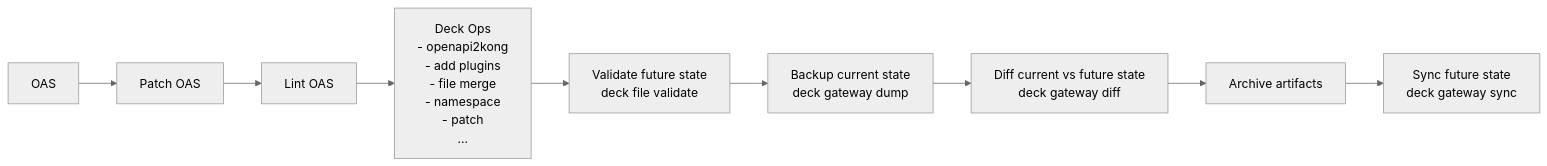
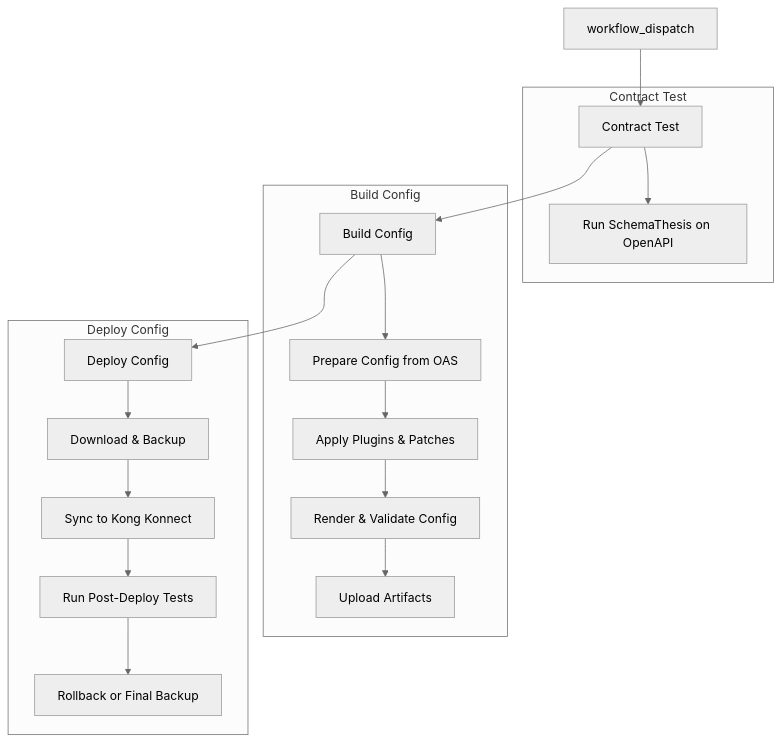
One commit to pantsel/konnect-platform-ops-demo changed the fourth of 4 diagrams in README.md. Above: the diagram before and after it, drawn with Mermaid (neutral theme). The commit also changed other lines of this file, not shown here.

Commit message:
Worked on new konnect static provisioning

````diff
--- a/README.md
+++ b/README.md
@@ -323,30 +323,27 @@
 ```mermaid
-graph LR;
-  A[OAS]
-  B[Patch OAS]
-  C[Lint OAS]
-  D["Deck Ops
-    - openapi2kong
-    - add plugins
-    - file merge
-    - namespace
-    - patch
-    ...
-  "]
-  E[Validate future state
-  deck file validate
-  ]
-  F["Backup current state
-  deck gateway dump"]
-  G[Diff current vs future state
-  deck gateway diff
-  ]
-  H[
-  Archive artifacts
-  ]
-  I[Sync future state
-  deck gateway sync
-  ]
+graph TD
+  A[workflow_dispatch] --> B[Contract Test]
+  B --> C[Build Config]
+  C --> D[Deploy Config]
 
-  A --> B --> C --> D --> E --> F --> G --> H --> I
+  subgraph Contract Test
+    B1[Run SchemaThesis on OpenAPI]
+    B --> B1
+  end
+
+  subgraph Build Config
+    C1[Prepare Config from OAS]
+    C2[Apply Plugins & Patches]
+    C3[Render & Validate Config]
+    C4[Upload Artifacts]
+    C --> C1 --> C2 --> C3 --> C4
+  end
+
+  subgraph Deploy Config
+    D1[Download & Backup]
+    D2[Sync to Kong Konnect]
+    D3[Run Post-Deploy Tests]
+    D4[Rollback or Final Backup]
+    D --> D1 --> D2 --> D3 --> D4
+  end
 ```
````
